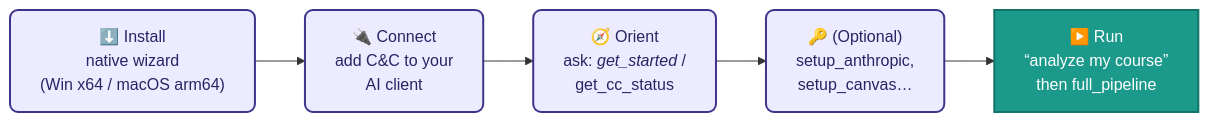
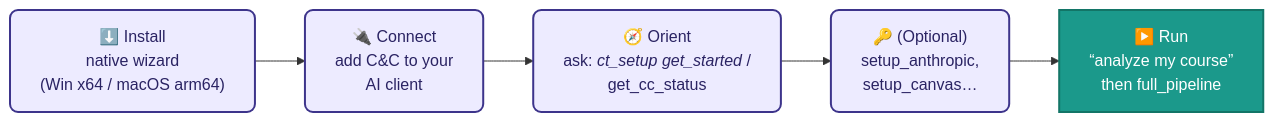
The diagram in docs/visual-guide/images/07-getting-started.mmd (Ryfter/canvas-toolchain), drawn with Mermaid before and after one commit. The commit also changed 24 other files, not shown here.

```diff
--- a/docs/visual-guide/images/07-getting-started.mmd
+++ b/docs/visual-guide/images/07-getting-started.mmd
@@ -1,12 +1,12 @@
 flowchart LR
     S1["⬇️ Install<br/>native wizard<br/>(Win x64 / macOS arm64)"]
     S2["🔌 Connect<br/>add C&C to your<br/>AI client"]
-    S3["🧭 Orient<br/>ask: <i>get_started</i> /<br/>get_cc_status"]
+    S3["🧭 Orient<br/>ask: <i>ct_setup get_started</i> /<br/>get_cc_status"]
     S4["🔑 (Optional)<br/>setup_anthropic,<br/>setup_canvas…"]
     S5["▶️ Run<br/>“analyze my course”<br/>then full_pipeline"]
 
     S1 --> S2 --> S3 --> S4 --> S5
 
     classDef a fill:#EDEBFF,stroke:#3D348B,stroke-width:2px,color:#2A2363,rx:8,ry:8;
     classDef go fill:#1B998B,stroke:#137567,stroke-width:2px,color:#fff;
     class S1,S2,S3,S4 a; class S5 go;
```
